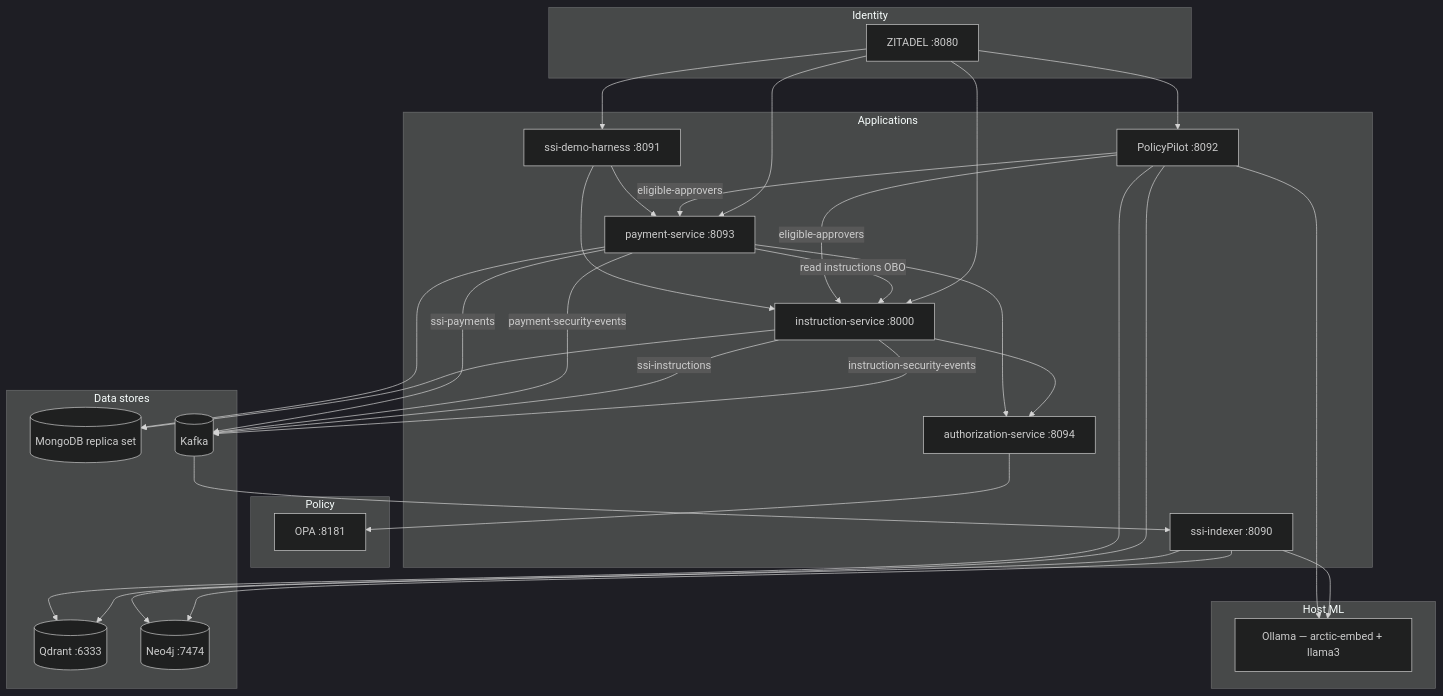
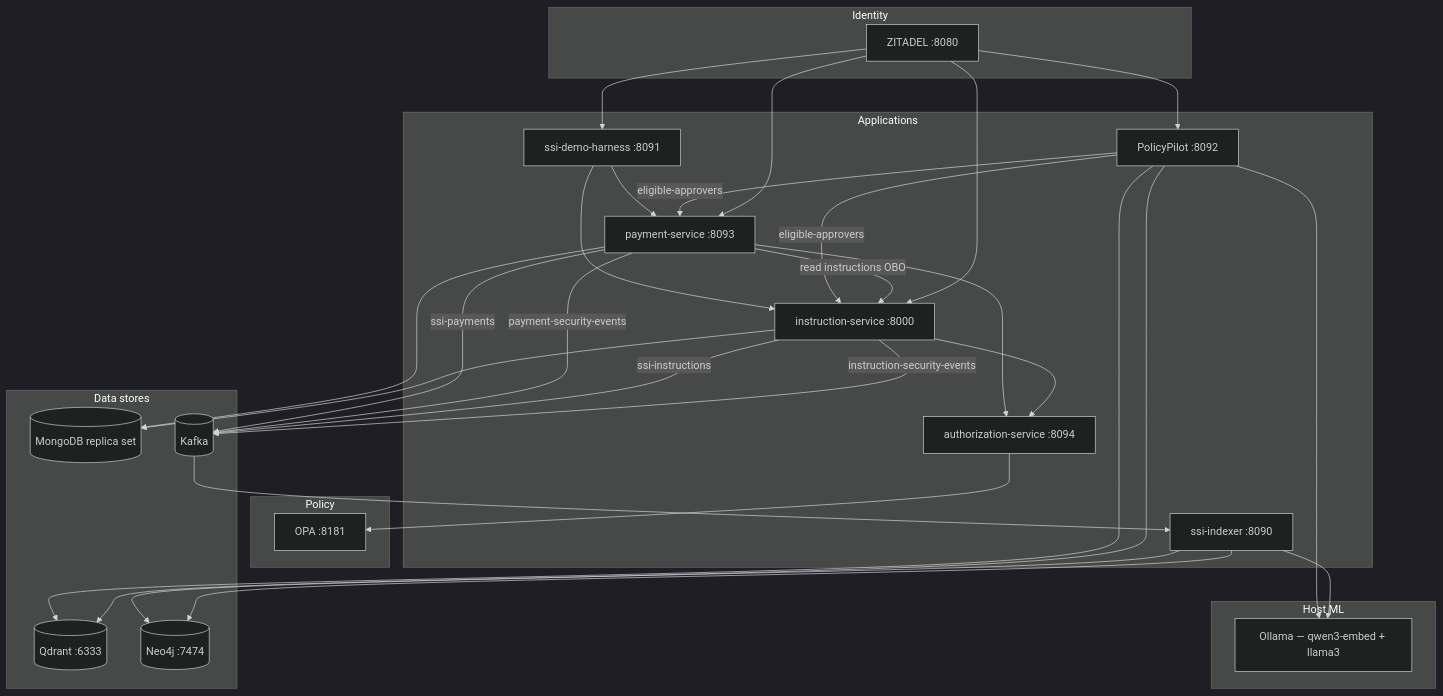
One commit to sanjuthomas/security-event-rag-demo changed the first of 4 diagrams in README.md. Above: the diagram before and after it, drawn with Mermaid (dark theme). The commit also changed other lines of this file and 8 other files, not shown here.

````diff
--- a/README.md
+++ b/README.md
@@ -43,56 +43,56 @@
 ```mermaid
 flowchart TB
     subgraph auth [Identity]
         ZITADEL[ZITADEL :8080]
     end
 
     subgraph apps [Applications]
         ILM[instruction-service :8000]
         PAY[payment-service :8093]
         AUTHZ[authorization-service :8094]
         HARNESS[ssi-demo-harness :8091]
         ETL[ssi-indexer :8090]
         CHAT[PolicyPilot :8092]
     end
 
     subgraph policy [Policy]
         OPA[OPA :8181]
     end
 
     subgraph stores [Data stores]
         MONGO[(MongoDB replica set)]
         KAFKA[(Kafka)]
         QD[(Qdrant :6333)]
         NEO[(Neo4j :7474)]
     end
 
     subgraph ml [Host ML]
-        OLLAMA[Ollama — arctic-embed + llama3]
+        OLLAMA[Ollama — qwen3-embed + llama3]
     end
 
     ZITADEL --> ILM
     ZITADEL --> PAY
     ZITADEL --> HARNESS
     ZITADEL --> CHAT
     ILM --> AUTHZ
     PAY --> AUTHZ
     AUTHZ --> OPA
     ILM --> MONGO
     PAY --> MONGO
     PAY -->|read instructions OBO| ILM
     ILM -->|instruction-security-events| KAFKA
     ILM -->|ssi-instructions| KAFKA
     PAY -->|payment-security-events| KAFKA
     PAY -->|ssi-payments| KAFKA
     KAFKA --> ETL
     ETL --> QD
     ETL --> NEO
     ETL --> OLLAMA
     CHAT --> QD
     CHAT --> NEO
     CHAT --> OLLAMA
     CHAT -->|eligible-approvers| ILM
     CHAT -->|eligible-approvers| PAY
     HARNESS --> ILM
     HARNESS --> PAY
 ```
````
